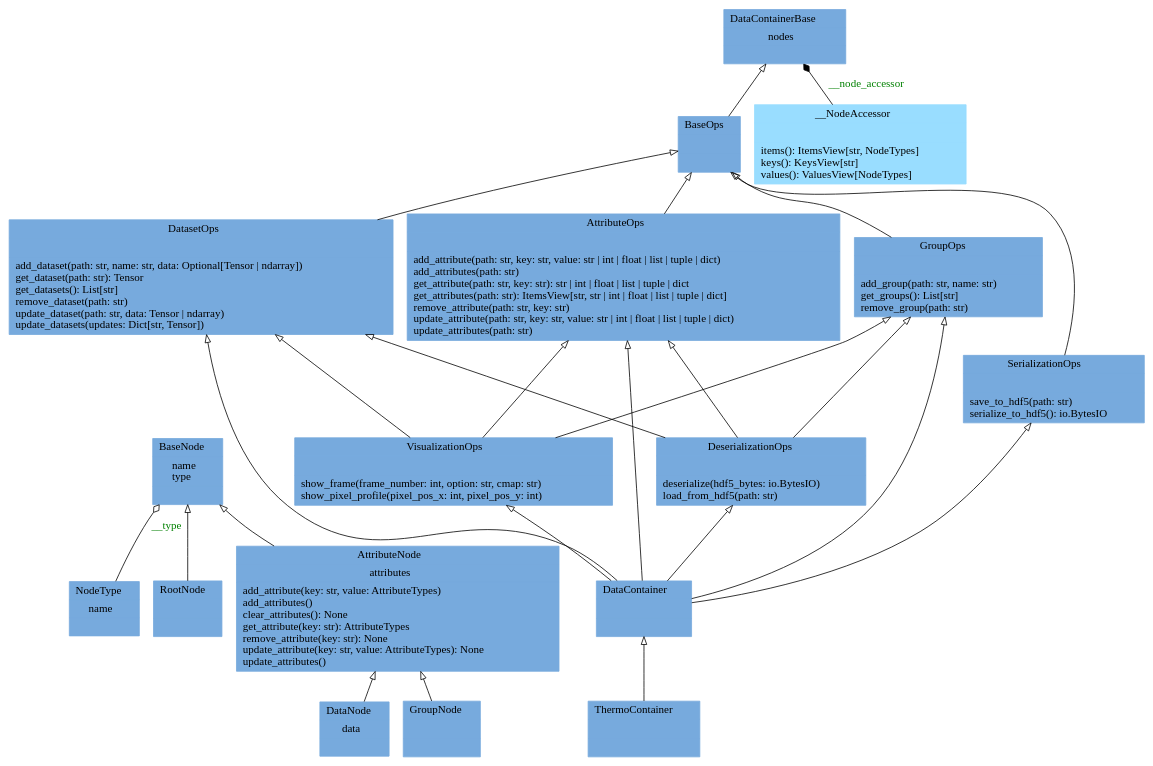
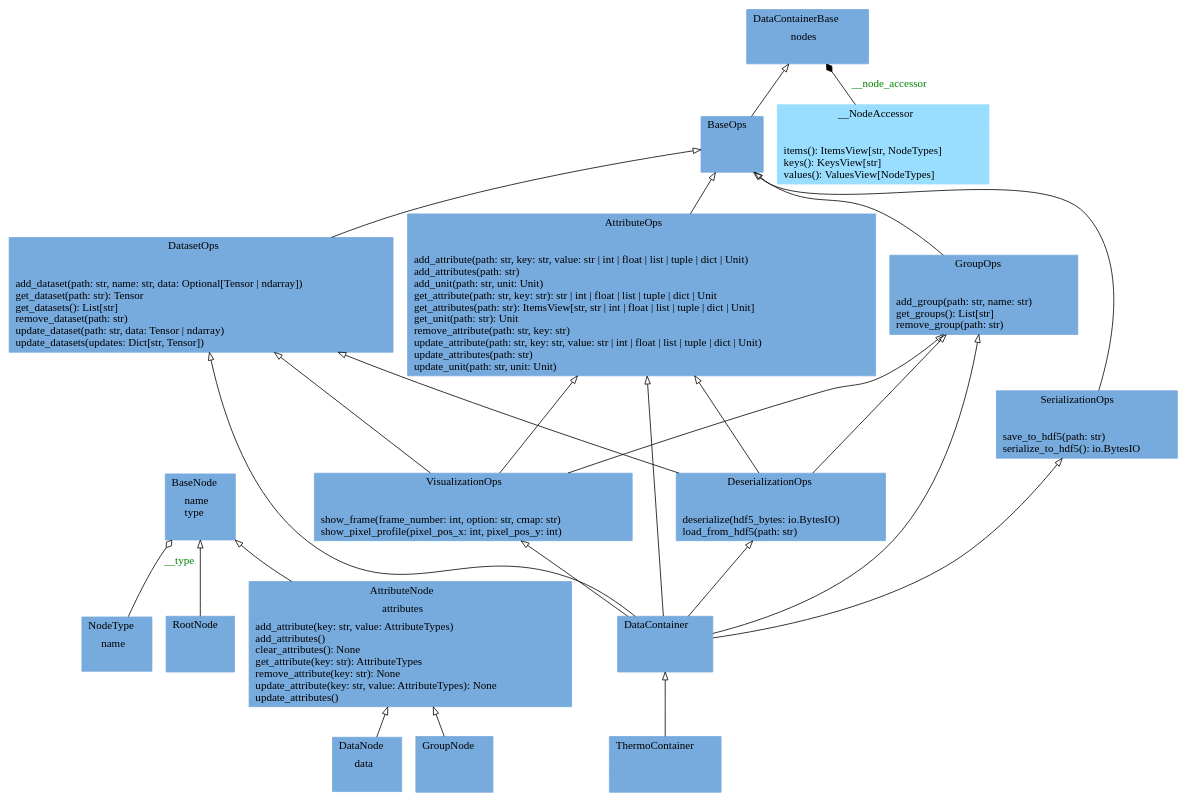
The diagram in docs/pyreverse/classes_pythermondt.data.datacontainer.gv (voidsy-gmbh/pyThermoNDT), drawn with Graphviz before and after one commit. The commit also changed 34 other files, not shown here.

```diff
--- a/docs/pyreverse/classes_pythermondt.data.datacontainer.gv
+++ b/docs/pyreverse/classes_pythermondt.data.datacontainer.gv
@@ -1,45 +1,45 @@
 digraph "classes_pythermondt.data.datacontainer" {
 rankdir=BT
 charset="utf-8"
 "pythermondt.data.datacontainer.node.AttributeNode" [color="#77AADD", fontcolor="black", label=<{AttributeNode|attributes<br ALIGN="LEFT"/>|add_attribute(key: str, value: AttributeTypes)<br ALIGN="LEFT"/>add_attributes()<br ALIGN="LEFT"/>clear_attributes(): None<br ALIGN="LEFT"/>get_attribute(key: str): AttributeTypes<br ALIGN="LEFT"/>remove_attribute(key: str): None<br ALIGN="LEFT"/>update_attribute(key: str, value: AttributeTypes): None<br ALIGN="LEFT"/>update_attributes()<br ALIGN="LEFT"/>}>, shape="record", style="filled"];
-"pythermondt.data.datacontainer.attribute_ops.AttributeOps" [color="#77AADD", fontcolor="black", label=<{AttributeOps|<br ALIGN="LEFT"/>|add_attribute(path: str, key: str, value: str \| int \| float \| list \| tuple \| dict)<br ALIGN="LEFT"/>add_attributes(path: str)<br ALIGN="LEFT"/>get_attribute(path: str, key: str): str \| int \| float \| list \| tuple \| dict<br ALIGN="LEFT"/>get_attributes(path: str): ItemsView[str, str \| int \| float \| list \| tuple \| dict]<br ALIGN="LEFT"/>remove_attribute(path: str, key: str)<br ALIGN="LEFT"/>update_attribute(path: str, key: str, value: str \| int \| float \| list \| tuple \| dict)<br ALIGN="LEFT"/>update_attributes(path: str)<br ALIGN="LEFT"/>}>, shape="record", style="filled"];
+"pythermondt.data.datacontainer.attribute_ops.AttributeOps" [color="#77AADD", fontcolor="black", label=<{AttributeOps|<br ALIGN="LEFT"/>|add_attribute(path: str, key: str, value: str \| int \| float \| list \| tuple \| dict \| Unit)<br ALIGN="LEFT"/>add_attributes(path: str)<br ALIGN="LEFT"/>add_unit(path: str, unit: Unit)<br ALIGN="LEFT"/>get_attribute(path: str, key: str): str \| int \| float \| list \| tuple \| dict \| Unit<br ALIGN="LEFT"/>get_attributes(path: str): ItemsView[str, str \| int \| float \| list \| tuple \| dict \| Unit]<br ALIGN="LEFT"/>get_unit(path: str): Unit<br ALIGN="LEFT"/>remove_attribute(path: str, key: str)<br ALIGN="LEFT"/>update_attribute(path: str, key: str, value: str \| int \| float \| list \| tuple \| dict \| Unit)<br ALIGN="LEFT"/>update_attributes(path: str)<br ALIGN="LEFT"/>update_unit(path: str, unit: Unit)<br ALIGN="LEFT"/>}>, shape="record", style="filled"];
 "pythermondt.data.datacontainer.node.BaseNode" [color="#77AADD", fontcolor="black", label=<{BaseNode|name<br ALIGN="LEFT"/>type<br ALIGN="LEFT"/>|}>, shape="record", style="filled"];
 "pythermondt.data.datacontainer.base.BaseOps" [color="#77AADD", fontcolor="black", label=<{BaseOps|<br ALIGN="LEFT"/>|}>, shape="record", style="filled"];
 "pythermondt.data.datacontainer.core.DataContainer" [color="#77AADD", fontcolor="black", label=<{DataContainer|<br ALIGN="LEFT"/>|}>, shape="record", style="filled"];
 "pythermondt.data.datacontainer.base.DataContainerBase" [color="#77AADD", fontcolor="black", label=<{DataContainerBase|nodes<br ALIGN="LEFT"/>|}>, shape="record", style="filled"];
 "pythermondt.data.datacontainer.node.DataNode" [color="#77AADD", fontcolor="black", label=<{DataNode|data<br ALIGN="LEFT"/>|}>, shape="record", style="filled"];
 "pythermondt.data.datacontainer.dataset_ops.DatasetOps" [color="#77AADD", fontcolor="black", label=<{DatasetOps|<br ALIGN="LEFT"/>|add_dataset(path: str, name: str, data: Optional[Tensor \| ndarray])<br ALIGN="LEFT"/>get_dataset(path: str): Tensor<br ALIGN="LEFT"/>get_datasets(): List[str]<br ALIGN="LEFT"/>remove_dataset(path: str)<br ALIGN="LEFT"/>update_dataset(path: str, data: Tensor \| ndarray)<br ALIGN="LEFT"/>update_datasets(updates: Dict[str, Tensor])<br ALIGN="LEFT"/>}>, shape="record", style="filled"];
 "pythermondt.data.datacontainer.serialization_ops.DeserializationOps" [color="#77AADD", fontcolor="black", label=<{DeserializationOps|<br ALIGN="LEFT"/>|deserialize(hdf5_bytes: io.BytesIO)<br ALIGN="LEFT"/>load_from_hdf5(path: str)<br ALIGN="LEFT"/>}>, shape="record", style="filled"];
 "pythermondt.data.datacontainer.node.GroupNode" [color="#77AADD", fontcolor="black", label=<{GroupNode|<br ALIGN="LEFT"/>|}>, shape="record", style="filled"];
 "pythermondt.data.datacontainer.group_ops.GroupOps" [color="#77AADD", fontcolor="black", label=<{GroupOps|<br ALIGN="LEFT"/>|add_group(path: str, name: str)<br ALIGN="LEFT"/>get_groups(): List[str]<br ALIGN="LEFT"/>remove_group(path: str)<br ALIGN="LEFT"/>}>, shape="record", style="filled"];
 "pythermondt.data.datacontainer.node.NodeType" [color="#77AADD", fontcolor="black", label=<{NodeType|name<br ALIGN="LEFT"/>|}>, shape="record", style="filled"];
 "pythermondt.data.datacontainer.node.RootNode" [color="#77AADD", fontcolor="black", label=<{RootNode|<br ALIGN="LEFT"/>|}>, shape="record", style="filled"];
 "pythermondt.data.datacontainer.serialization_ops.SerializationOps" [color="#77AADD", fontcolor="black", label=<{SerializationOps|<br ALIGN="LEFT"/>|save_to_hdf5(path: str)<br ALIGN="LEFT"/>serialize_to_hdf5(): io.BytesIO<br ALIGN="LEFT"/>}>, shape="record", style="filled"];
 "pythermondt.data.datacontainer.core.ThermoContainer" [color="#77AADD", fontcolor="black", label=<{ThermoContainer|<br ALIGN="LEFT"/>|}>, shape="record", style="filled"];
 "pythermondt.data.datacontainer.visualization_ops.VisualizationOps" [color="#77AADD", fontcolor="black", label=<{VisualizationOps|<br ALIGN="LEFT"/>|show_frame(frame_number: int, option: str, cmap: str)<br ALIGN="LEFT"/>show_pixel_profile(pixel_pos_x: int, pixel_pos_y: int)<br ALIGN="LEFT"/>}>, shape="record", style="filled"];
 "pythermondt.data.datacontainer.base.DataContainerBase.__NodeAccessor" [color="#99DDFF", fontcolor="black", label=<{__NodeAccessor|<br ALIGN="LEFT"/>|items(): ItemsView[str, NodeTypes]<br ALIGN="LEFT"/>keys(): KeysView[str]<br ALIGN="LEFT"/>values(): ValuesView[NodeTypes]<br ALIGN="LEFT"/>}>, shape="record", style="filled"];
 "pythermondt.data.datacontainer.attribute_ops.AttributeOps" -> "pythermondt.data.datacontainer.base.BaseOps" [arrowhead="empty", arrowtail="none"];
 "pythermondt.data.datacontainer.base.BaseOps" -> "pythermondt.data.datacontainer.base.DataContainerBase" [arrowhead="empty", arrowtail="none"];
 "pythermondt.data.datacontainer.core.DataContainer" -> "pythermondt.data.datacontainer.attribute_ops.AttributeOps" [arrowhead="empty", arrowtail="none"];
 "pythermondt.data.datacontainer.core.DataContainer" -> "pythermondt.data.datacontainer.dataset_ops.DatasetOps" [arrowhead="empty", arrowtail="none"];
 "pythermondt.data.datacontainer.core.DataContainer" -> "pythermondt.data.datacontainer.group_ops.GroupOps" [arrowhead="empty", arrowtail="none"];
 "pythermondt.data.datacontainer.core.DataContainer" -> "pythermondt.data.datacontainer.serialization_ops.DeserializationOps" [arrowhead="empty", arrowtail="none"];
 "pythermondt.data.datacontainer.core.DataContainer" -> "pythermondt.data.datacontainer.serialization_ops.SerializationOps" [arrowhead="empty", arrowtail="none"];
 "pythermondt.data.datacontainer.core.DataContainer" -> "pythermondt.data.datacontainer.visualization_ops.VisualizationOps" [arrowhead="empty", arrowtail="none"];
 "pythermondt.data.datacontainer.core.ThermoContainer" -> "pythermondt.data.datacontainer.core.DataContainer" [arrowhead="empty", arrowtail="none"];
 "pythermondt.data.datacontainer.dataset_ops.DatasetOps" -> "pythermondt.data.datacontainer.base.BaseOps" [arrowhead="empty", arrowtail="none"];
 "pythermondt.data.datacontainer.group_ops.GroupOps" -> "pythermondt.data.datacontainer.base.BaseOps" [arrowhead="empty", arrowtail="none"];
 "pythermondt.data.datacontainer.node.AttributeNode" -> "pythermondt.data.datacontainer.node.BaseNode" [arrowhead="empty", arrowtail="none"];
 "pythermondt.data.datacontainer.node.DataNode" -> "pythermondt.data.datacontainer.node.AttributeNode" [arrowhead="empty", arrowtail="none"];
 "pythermondt.data.datacontainer.node.GroupNode" -> "pythermondt.data.datacontainer.node.AttributeNode" [arrowhead="empty", arrowtail="none"];
 "pythermondt.data.datacontainer.node.RootNode" -> "pythermondt.data.datacontainer.node.BaseNode" [arrowhead="empty", arrowtail="none"];
 "pythermondt.data.datacontainer.serialization_ops.DeserializationOps" -> "pythermondt.data.datacontainer.attribute_ops.AttributeOps" [arrowhead="empty", arrowtail="none"];
 "pythermondt.data.datacontainer.serialization_ops.DeserializationOps" -> "pythermondt.data.datacontainer.dataset_ops.DatasetOps" [arrowhead="empty", arrowtail="none"];
 "pythermondt.data.datacontainer.serialization_ops.DeserializationOps" -> "pythermondt.data.datacontainer.group_ops.GroupOps" [arrowhead="empty", arrowtail="none"];
 "pythermondt.data.datacontainer.serialization_ops.SerializationOps" -> "pythermondt.data.datacontainer.base.BaseOps" [arrowhead="empty", arrowtail="none"];
 "pythermondt.data.datacontainer.visualization_ops.VisualizationOps" -> "pythermondt.data.datacontainer.attribute_ops.AttributeOps" [arrowhead="empty", arrowtail="none"];
 "pythermondt.data.datacontainer.visualization_ops.VisualizationOps" -> "pythermondt.data.datacontainer.dataset_ops.DatasetOps" [arrowhead="empty", arrowtail="none"];
 "pythermondt.data.datacontainer.visualization_ops.VisualizationOps" -> "pythermondt.data.datacontainer.group_ops.GroupOps" [arrowhead="empty", arrowtail="none"];
 "pythermondt.data.datacontainer.base.DataContainerBase.__NodeAccessor" -> "pythermondt.data.datacontainer.base.DataContainerBase" [arrowhead="diamond", arrowtail="none", fontcolor="green", label="__node_accessor", style="solid"];
 "pythermondt.data.datacontainer.node.NodeType" -> "pythermondt.data.datacontainer.node.BaseNode" [arrowhead="odiamond", arrowtail="none", fontcolor="green", label="__type", style="solid"];
 }
```
